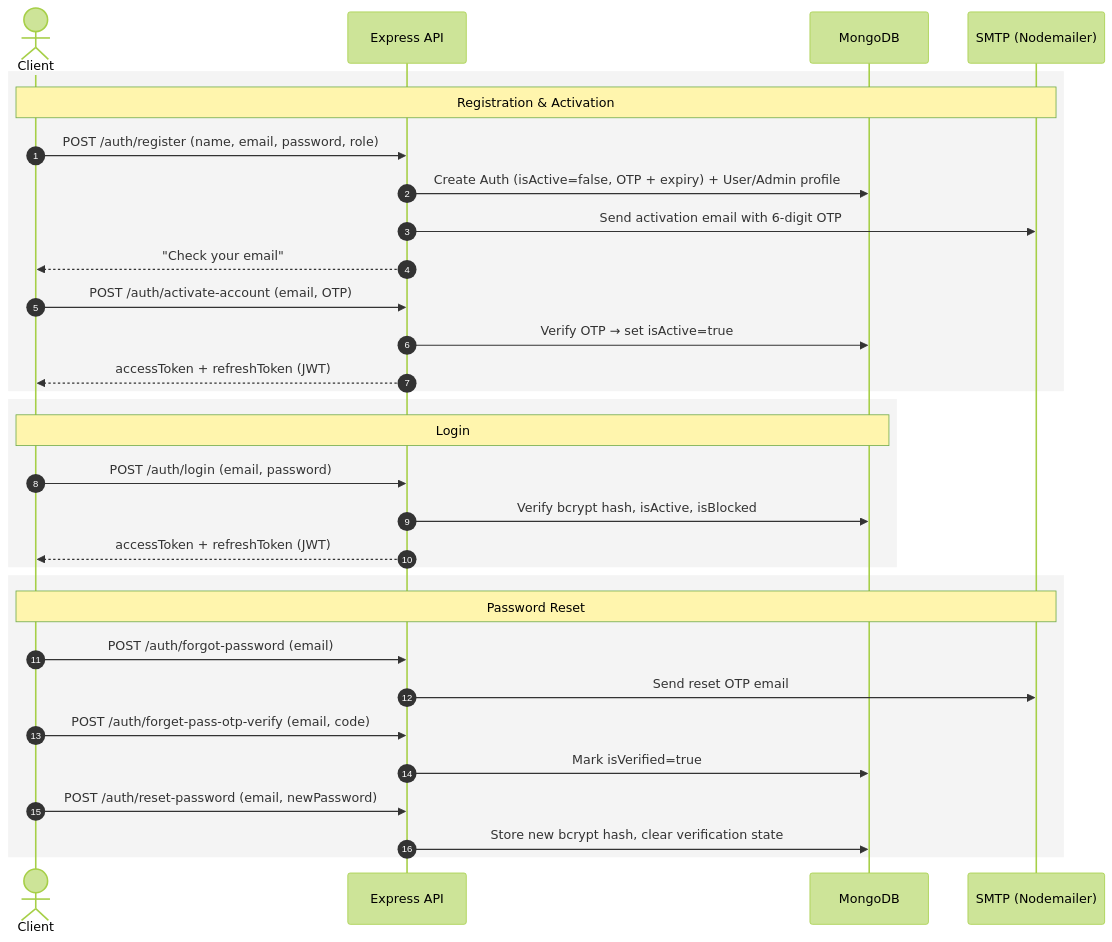
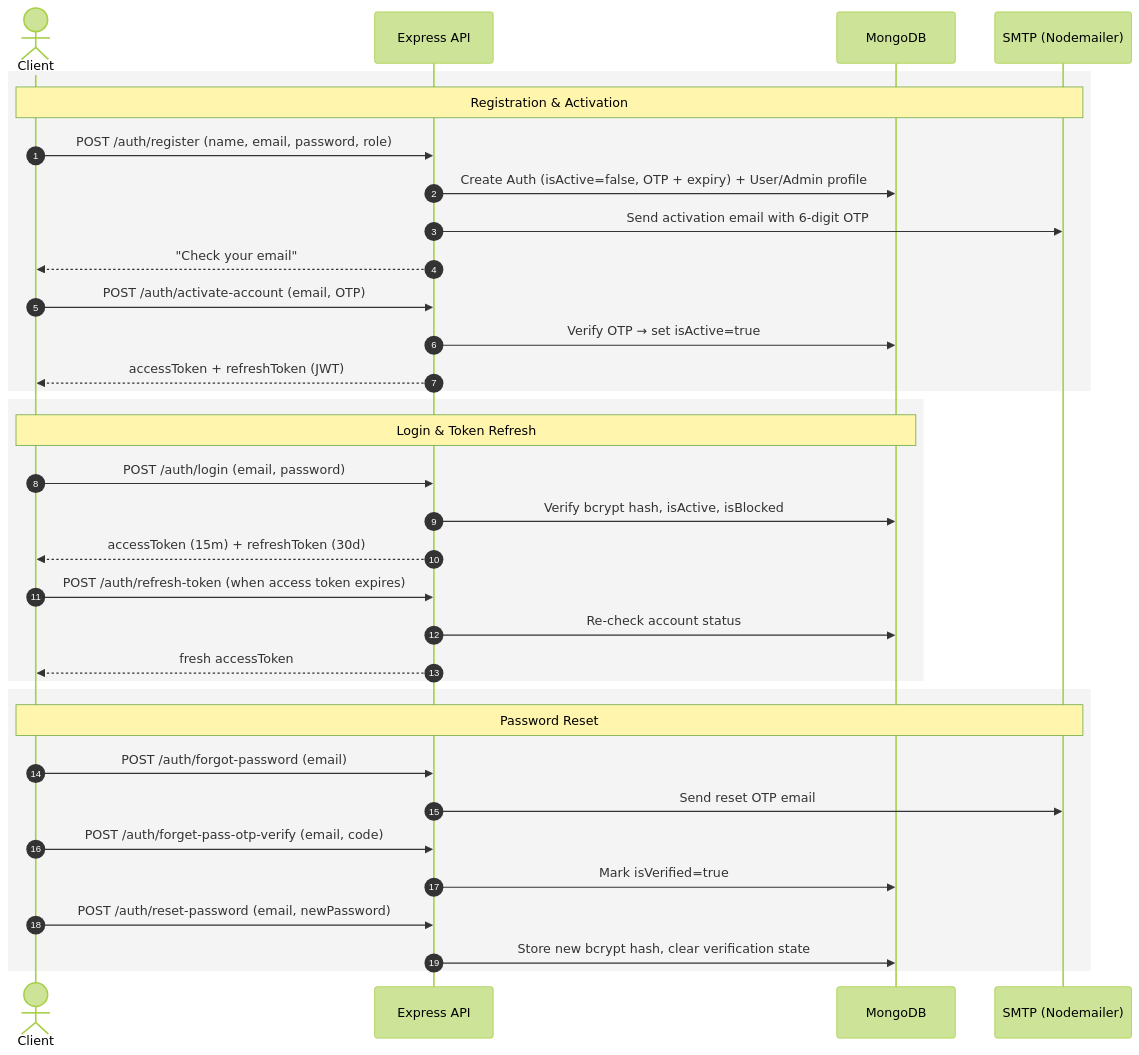
Before and after one commit to ThakurSaad/server-setup-template-updated: the second of 3 diagrams in README.md, drawn with Mermaid (forest theme). The commit also changed other lines of this file and 88 other files, not shown here.

````diff
--- a/README.md
+++ b/README.md
@@ -227,36 +253,39 @@
 ```mermaid
 sequenceDiagram
     autonumber
     actor C as Client
     participant API as Express API
     participant DB as MongoDB
     participant M as SMTP (Nodemailer)
 
     rect rgba(120,120,120,0.08)
     note over C,M: Registration & Activation
     C->>API: POST /auth/register (name, email, password, role)
     API->>DB: Create Auth (isActive=false, OTP + expiry) + User/Admin profile
     API->>M: Send activation email with 6-digit OTP
     API-->>C: "Check your email"
     C->>API: POST /auth/activate-account (email, OTP)
     API->>DB: Verify OTP → set isActive=true
     API-->>C: accessToken + refreshToken (JWT)
     end
 
     rect rgba(120,120,120,0.08)
-    note over C,DB: Login
+    note over C,DB: Login & Token Refresh
     C->>API: POST /auth/login (email, password)
     API->>DB: Verify bcrypt hash, isActive, isBlocked
-    API-->>C: accessToken + refreshToken (JWT)
+    API-->>C: accessToken (15m) + refreshToken (30d)
+    C->>API: POST /auth/refresh-token (when access token expires)
+    API->>DB: Re-check account status
+    API-->>C: fresh accessToken
     end
 
     rect rgba(120,120,120,0.08)
     note over C,M: Password Reset
     C->>API: POST /auth/forgot-password (email)
     API->>M: Send reset OTP email
     C->>API: POST /auth/forget-pass-otp-verify (email, code)
     API->>DB: Mark isVerified=true
     C->>API: POST /auth/reset-password (email, newPassword)
     API->>DB: Store new bcrypt hash, clear verification state
     end
 ```
````
